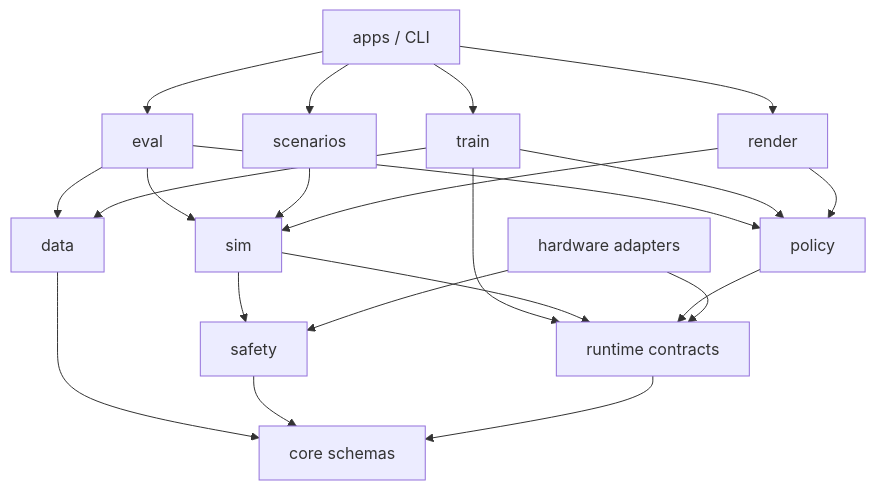
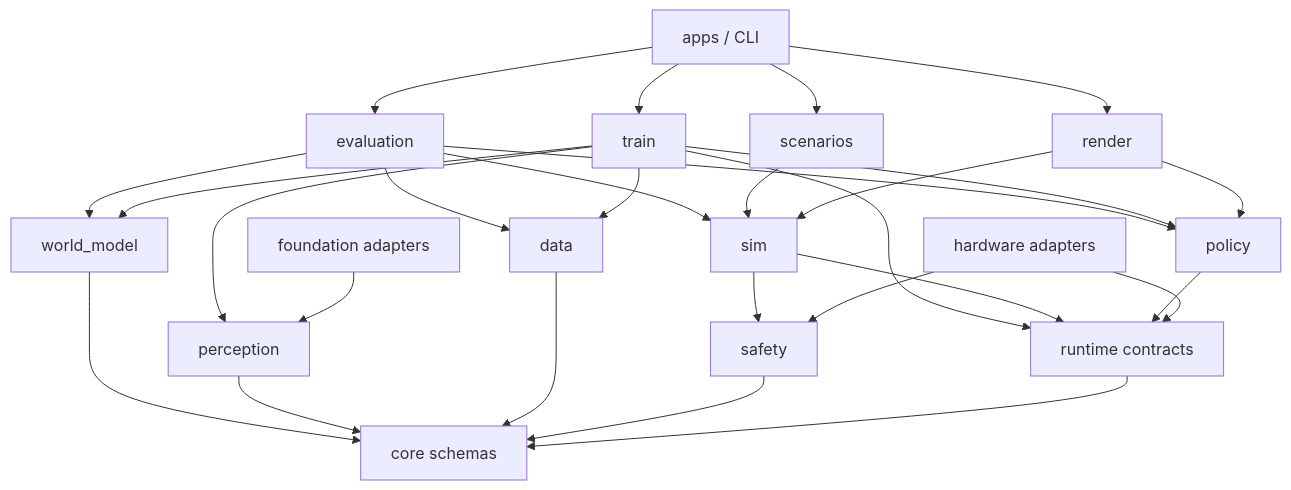
The first of 2 diagrams in docs/architecture.md (louisyoungx/hwr), drawn with Mermaid before and after one commit. The commit also changed other lines of this file and 7 other files, not shown here.

Commit message:
docs: adopt foundation world model training architecture

````diff
--- a/docs/architecture.md
+++ b/docs/architecture.md
@@ -27,24 +27,30 @@
 ```mermaid
 flowchart TB
-    A[apps / CLI] --> B[eval]
+    A[apps / CLI] --> B[evaluation]
     A --> C[train]
     A --> D[scenarios]
     A --> L[render]
     B --> E[policy]
+    B --> M[world_model]
     B --> F[sim]
     B --> G[data]
     C --> E
+    C --> M
+    C --> P[perception]
     C --> G
     C --> H
     D --> F
     F --> H[runtime contracts]
     F --> I[safety]
     E --> H
+    M --> J
+    P --> J
     G --> J[core schemas]
     I --> J
     H --> J
     K[hardware adapters] --> H
+    N[foundation adapters] --> P
     K --> I
     L --> F
     L --> E
 ```
````
